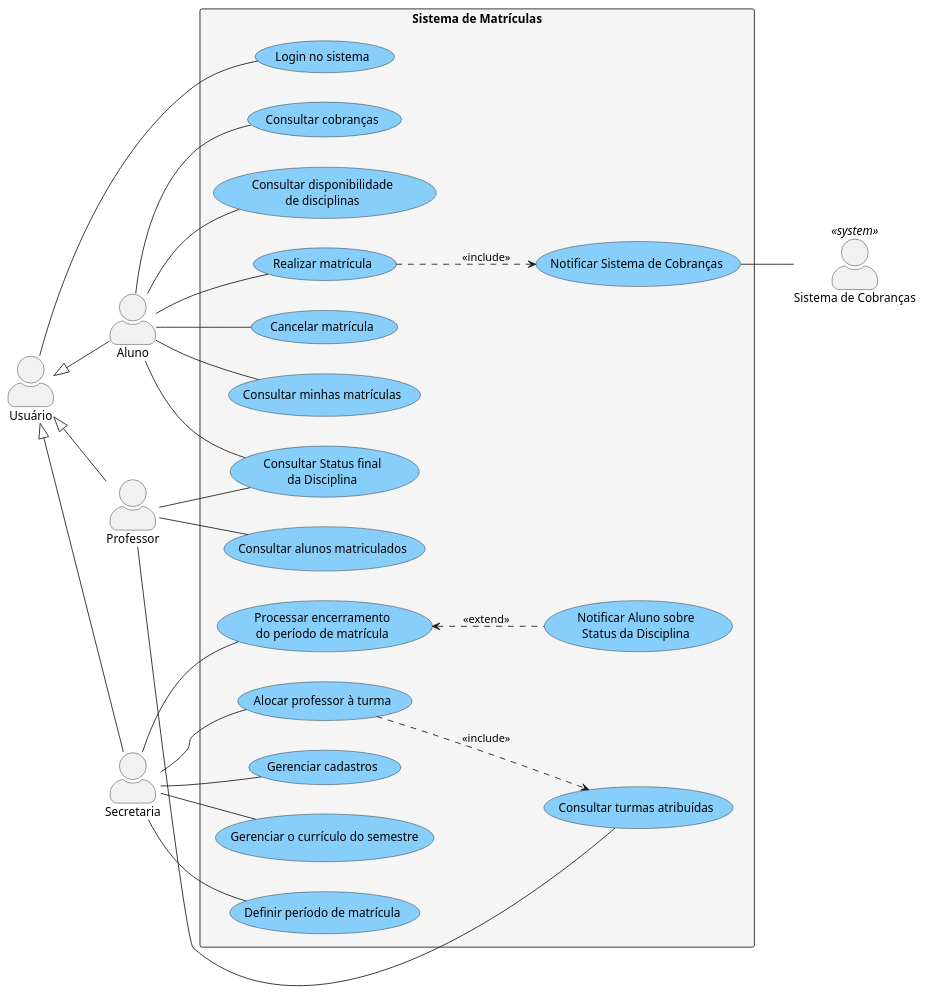
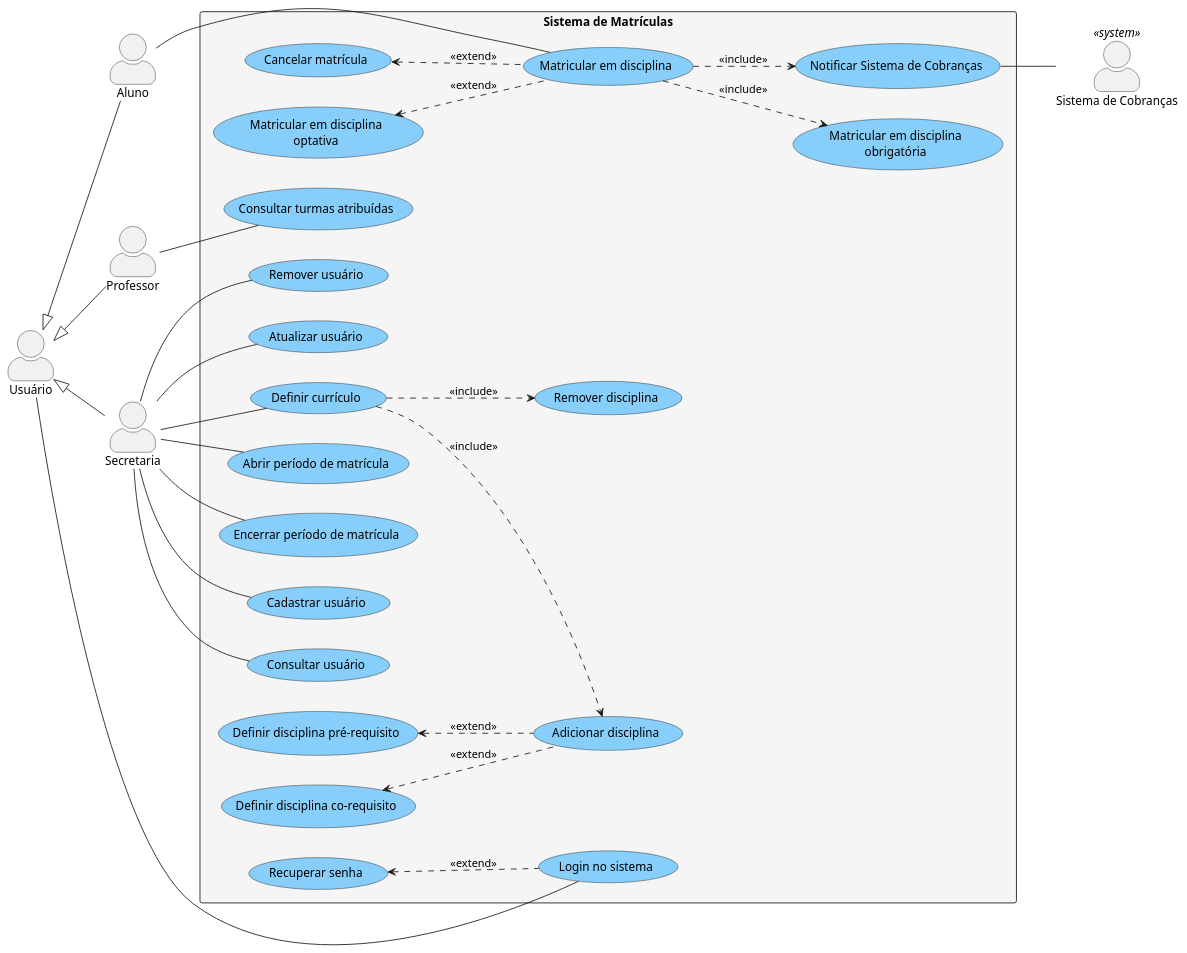
Before and after one commit to LDS-Javali/LDS-Javali-Enrollify: the diagram in projeto/diagramas/use-case-diagram.md, drawn with PlantUML.

Commit message:
Update use case diagram with new user cases

```diff
--- a/projeto/diagramas/use-case-diagram.md
+++ b/projeto/diagramas/use-case-diagram.md
@@ -31,28 +31,32 @@
 rectangle "Sistema de Matrículas" {
 
     ' --- CASOS DE USO ALUNO ---
-    usecase "Consultar disponibilidade\nde disciplinas" as UC_ConsultarVagas
-    usecase "Realizar matrícula" as UC_Realizar
+    usecase "Matricular em disciplina" as UC_Matricular
     usecase "Cancelar matrícula" as UC_Cancelar
-    usecase "Consultar minhas matrículas" as UC_MinhasMatriculas
-    usecase "Consultar Status final\nda Disciplina" as UC_StatusDisciplina
-    usecase "Consultar cobranças" as UC_ConsultarCobranca
+    usecase "Matricular em disciplina\noptativa" as UC_Optativa
+    usecase "Matricular em disciplina\nobrigatória" as UC_Obrigatoria
 
     ' --- CASOS DE USO PROFESSOR ---
-    usecase "Consultar alunos matriculados" as UC_AlunosMatriculados
     usecase "Consultar turmas atribuídas" as UC_TurmasProfessor
 
     ' --- CASOS DE USO SECRETARIA ---
-    usecase "Gerenciar cadastros" as UC_GerenciarCadastros
-    usecase "Gerenciar o currículo do semestre" as UC_GerenciarCurriculo
-    usecase "Definir período de matrícula" as UC_DefinirPeriodo
-    usecase "Processar encerramento\ndo período de matrícula" as UC_ProcessarFim
-    usecase "Notificar Aluno sobre\nStatus da Disciplina" as UC_NotificarAluno
-    usecase "Alocar professor à turma" as UC_AlocarProfessor
+    usecase "Abrir período de matrícula" as UC_AbrirPeriodo
+    usecase "Encerrar período de matrícula" as UC_EncerrarPeriodo
+    usecase "Cadastrar usuário" as UC_CadastrarUsuario
+    usecase "Consultar usuário" as UC_ConsultarUsuario
+    usecase "Remover usuário" as UC_RemoverUsuario
+    usecase "Atualizar usuário" as UC_AtualizarUsuario
+    usecase "Definir currículo" as UC_DefinirCurriculo
+    usecase "Adicionar disciplina" as UC_Adicionar_Disciplina
+    usecase "Remover disciplina" as UC_Remover_Disciplina
+    usecase "Definir disciplina pré-requisito" as UC_PreRequisito
+    usecase "Definir disciplina co-requisito" as UC_CoRequisito
+
 
     ' --- CASOS DE USO DE SUPORTE ---
     usecase "Notificar Sistema de Cobranças" as UC_NotificarCobranca
     usecase "Login no sistema" as UC_Login
+    usecase "Recuperar senha" as UC_RecuperarSenha
 }
 
 ' ===================================
@@ -63,33 +67,35 @@
 Usuario -- UC_Login
 
 ' --- Relações de Aluno ---
-Aluno -- UC_ConsultarVagas
-Aluno -- UC_Realizar
-Aluno -- UC_Cancelar
-Aluno -- UC_MinhasMatriculas
-Aluno -- UC_StatusDisciplina
-Aluno -- UC_ConsultarCobranca
+Aluno -- UC_Matricular
+UC_Matricular ..> UC_Obrigatoria : <<include>>
+UC_Cancelar <.. UC_Matricular : <<extend>>
+UC_Optativa <.. UC_Matricular : <<extend>>
+UC_Matricular ..> UC_NotificarCobranca : <<include>>
+
 
 ' --- Relações de Professor ---
-Professor -- UC_AlunosMatriculados
 Professor -- UC_TurmasProfessor
-Professor -- UC_StatusDisciplina
 
-' --- Relações de Secretaria ---
-Secretaria -- UC_GerenciarCadastros
-Secretaria -- UC_GerenciarCurriculo
-Secretaria -- UC_DefinirPeriodo
-Secretaria -- UC_ProcessarFim
-Secretaria -- UC_AlocarProfessor
+' --- Relações da Secretaria ---
+Secretaria -- UC_AbrirPeriodo
+Secretaria -- UC_EncerrarPeriodo
+Secretaria -- UC_CadastrarUsuario
+Secretaria -- UC_ConsultarUsuario
+Secretaria -- UC_RemoverUsuario
+Secretaria -- UC_AtualizarUsuario
+Secretaria -- UC_DefinirCurriculo
 
-' --- Inclusões obrigatórias ---
-UC_Realizar ..> UC_NotificarCobranca : <<include>>
+' Relações de Currículo (CORRIGIDO)
+UC_DefinirCurriculo ..> UC_Adicionar_Disciplina : <<include>>
+UC_DefinirCurriculo ..> UC_Remover_Disciplina : <<include>>
+
+UC_PreRequisito <.. UC_Adicionar_Disciplina : <<extend>>
+UC_CoRequisito <.. UC_Adicionar_Disciplina : <<extend>>
+
 
 ' --- Extensões condicionais ---
-UC_ProcessarFim <.. UC_NotificarAluno : <<extend>>
-
-' --- Dependência entre secretaria e professor ---
-UC_AlocarProfessor ..> UC_TurmasProfessor : <<include>>
+UC_RecuperarSenha <.. UC_Login : <<extend>>
 
 ' --- Interação com sistema externo ---
 UC_NotificarCobranca -- SistemaCobrancas
```
